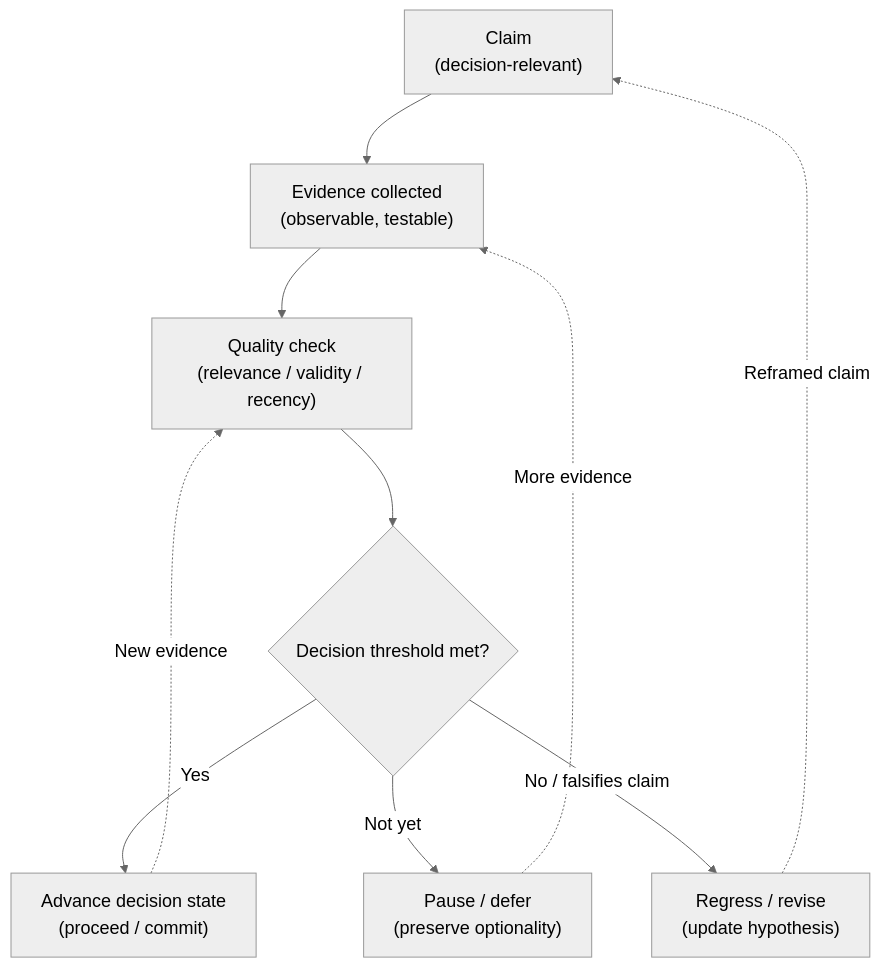
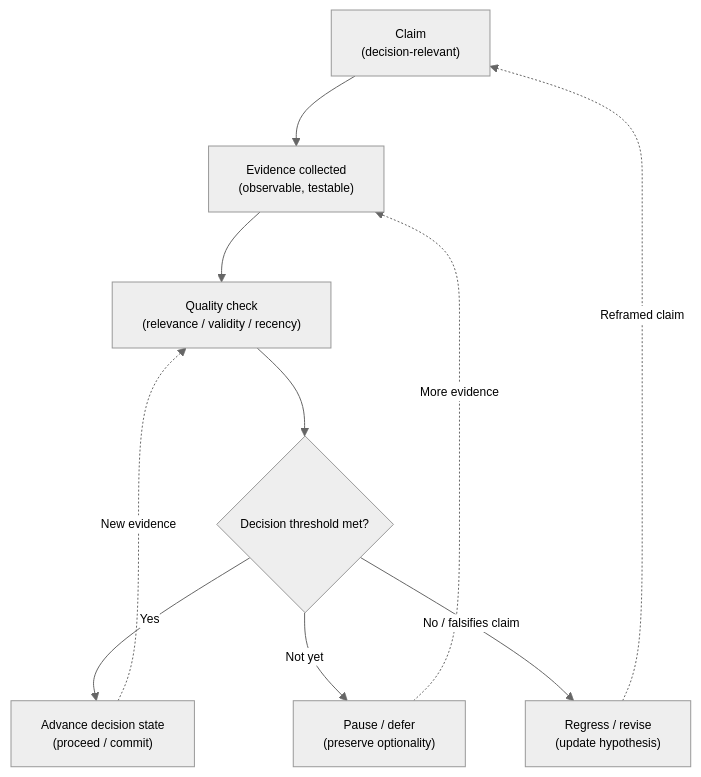
Before and after one commit to micro-canvas-framework/micro-canvas-framework.github.io: the diagram in docs/book/evidence-first-thinking.mdx, drawn with Mermaid. The commit also changed other lines of this file and 23 other files, not shown here.

Commit message:
docs(book): normalize mermaid font size to 12px

````diff
--- a/docs/book/evidence-first-thinking.mdx
+++ b/docs/book/evidence-first-thinking.mdx
@@ -43,17 +43,17 @@
 ```mermaid
-%%{init: {"theme":"neutral","flowchart":{"nodeSpacing":60,"rankSpacing":70},"themeVariables":{"fontSize":"18px"}}}%%
+%%{init: {"theme":"neutral","flowchart":{"nodeSpacing":60,"rankSpacing":70},"themeVariables":{"fontSize":"12px"}}}%%
 flowchart TB
 
   A["Claim<br/>(decision-relevant)"] --> B["Evidence collected<br/>(observable, testable)"]
   B --> C["Quality check<br/>(relevance / validity / recency)"]
   C --> D{"Decision threshold met?"}
 
   D -->|Yes| E["Advance decision state<br/>(proceed / commit)"]
   D -->|Not yet| F["Pause / defer<br/>(preserve optionality)"]
   D -->|No / falsifies claim| G["Regress / revise<br/>(update hypothesis)"]
 
   %% Optional: show that new evidence can change state
   E -. "New evidence" .-> C
   F -. "More evidence" .-> B
   G -. "Reframed claim" .-> A
 ```
````
